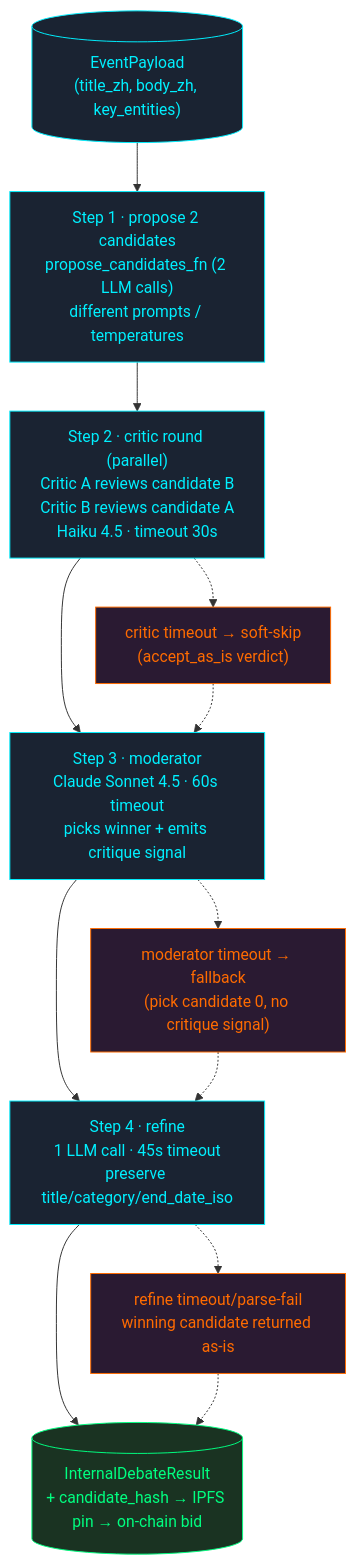
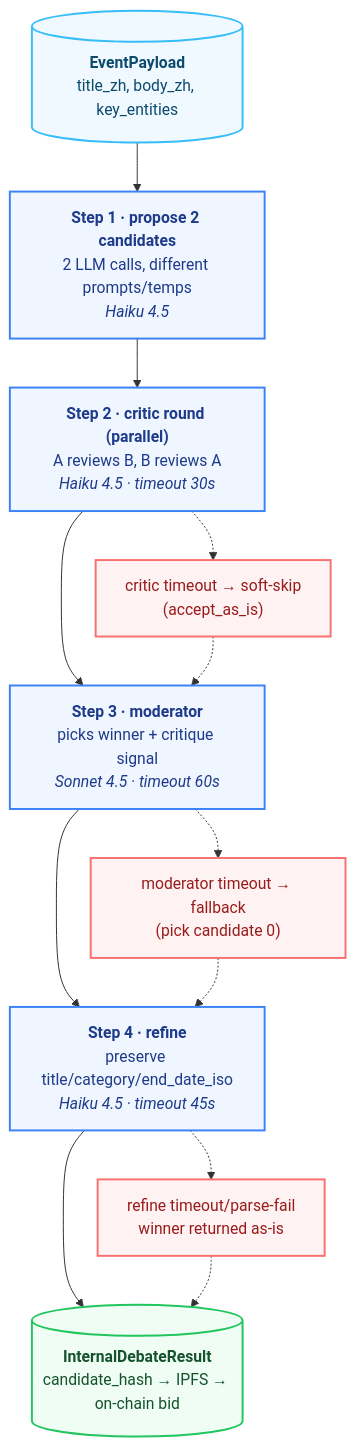
One commit to licaomeng/polyglot-alpha changed the tenth of 12 diagrams in README.md. Above: the diagram before and after it, drawn with Mermaid. The commit also changed other lines of this file, not shown here.

First line of the commit message:
docs(readme): apply Apple-style palette to all mermaid diagrams

````diff
--- a/README.md
+++ b/README.md
@@ -708,22 +719,23 @@
 ```mermaid
 flowchart TD
-    classDef step fill:#1a2332,stroke:#00f0ff,color:#00f0ff
-    classDef out fill:#1a3322,stroke:#00ff80,color:#00ff80
-    classDef fail fill:#2a1a32,stroke:#ff6b00,color:#ff6b00
+    classDef step fill:#EFF6FF, stroke:#3B82F6, color:#1E3A8A, stroke-width:2px
+    classDef out fill:#F0FDF4, stroke:#22C55E, color:#14532D, stroke-width:2px
+    classDef fail fill:#FEF2F2, stroke:#F87171, color:#991B1B, stroke-width:2px
+    classDef data fill:#F0F9FF, stroke:#38BDF8, color:#0C4A6E, stroke-width:2px
 
-    E[("EventPayload<br/>(title_zh, body_zh, key_entities)")]:::step
-    P1["Step 1 · propose 2 candidates<br/>propose_candidates_fn (2 LLM calls)<br/>different prompts / temperatures"]:::step
-    P2["Step 2 · critic round (parallel)<br/>Critic A reviews candidate B<br/>Critic B reviews candidate A<br/>Haiku 4.5 · timeout 30s"]:::step
-    P3["Step 3 · moderator<br/>Claude Sonnet 4.5 · 60s timeout<br/>picks winner + emits critique signal"]:::step
-    P4["Step 4 · refine<br/>1 LLM call · 45s timeout<br/>preserve title/category/end_date_iso"]:::step
-    O[("InternalDebateResult<br/>+ candidate_hash → IPFS pin → on-chain bid")]:::out
+    E[("<b>EventPayload</b><br/>title_zh, body_zh, key_entities")]:::data
+    P1["<b>Step 1 · propose 2 candidates</b><br/>2 LLM calls, different prompts/temps<br/><i>Haiku 4.5</i>"]:::step
+    P2["<b>Step 2 · critic round (parallel)</b><br/>A reviews B, B reviews A<br/><i>Haiku 4.5 · timeout 30s</i>"]:::step
+    P3["<b>Step 3 · moderator</b><br/>picks winner + critique signal<br/><i>Sonnet 4.5 · timeout 60s</i>"]:::step
+    P4["<b>Step 4 · refine</b><br/>preserve title/category/end_date_iso<br/><i>Haiku 4.5 · timeout 45s</i>"]:::step
+    O[("<b>InternalDebateResult</b><br/>candidate_hash → IPFS → on-chain bid")]:::out
 
-    F1["critic timeout → soft-skip<br/>(accept_as_is verdict)"]:::fail
-    F2["moderator timeout → fallback<br/>(pick candidate 0, no critique signal)"]:::fail
-    F3["refine timeout/parse-fail<br/>winning candidate returned as-is"]:::fail
+    F1["critic timeout → soft-skip<br/>(accept_as_is)"]:::fail
+    F2["moderator timeout → fallback<br/>(pick candidate 0)"]:::fail
+    F3["refine timeout/parse-fail<br/>winner returned as-is"]:::fail
 
     E --> P1 --> P2 --> P3 --> P4 --> O
     P2 -.-> F1 -.-> P3
     P3 -.-> F2 -.-> P4
     P4 -.-> F3 -.-> O
 ```
````
